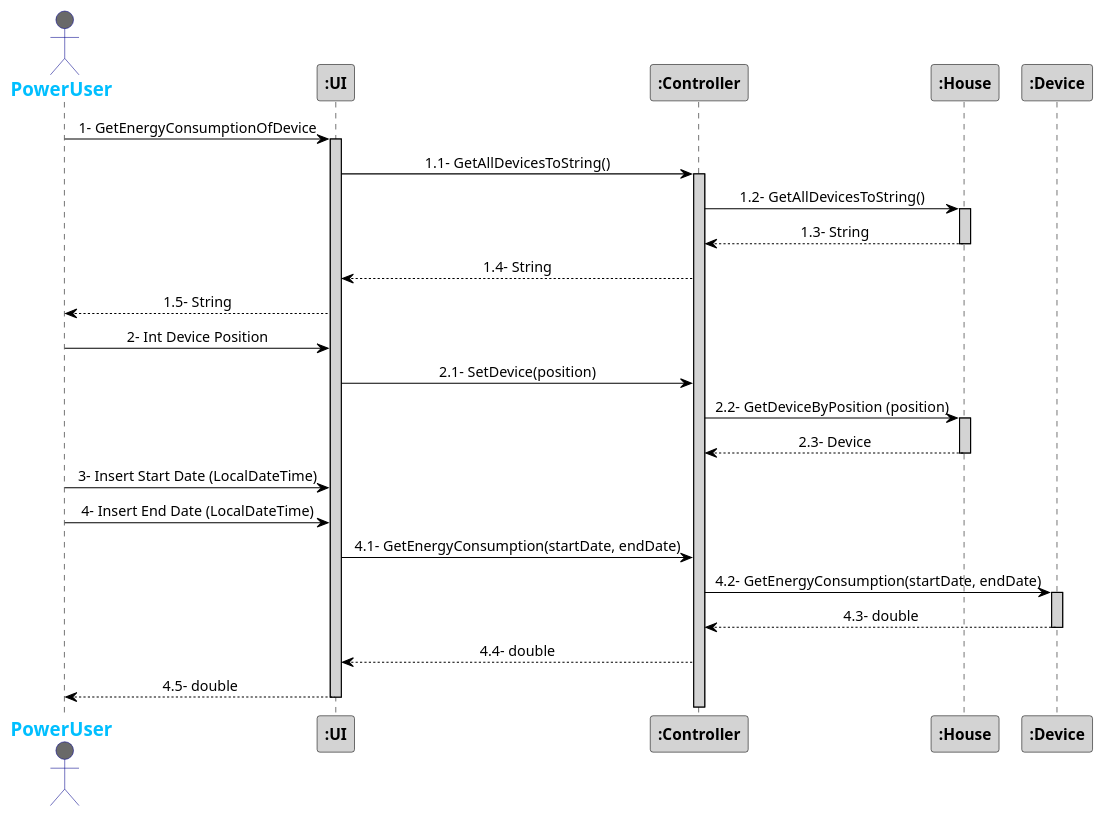
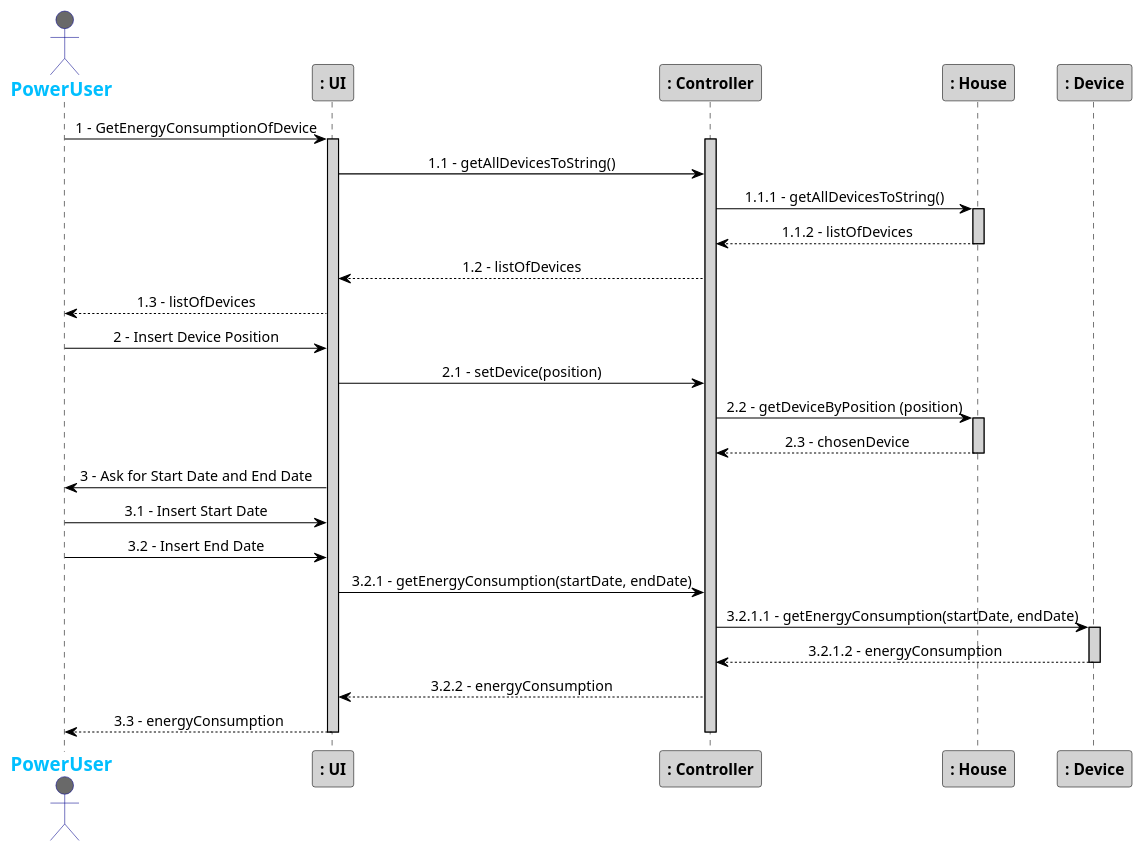
Before and after one commit to 1181687/hateoasToy: the diagram in src/Docs/Sprint3/GetEnergyConsumptionDeviceInterval.puml, drawn with PlantUML.

Commit message:
Sequence Diagram US 720

```diff
--- a/src/Docs/Sprint3/GetEnergyConsumptionDeviceInterval.puml
+++ b/src/Docs/Sprint3/GetEnergyConsumptionDeviceInterval.puml
@@ -1,51 +1,52 @@
 @startuml
 skinparam sequenceMessageAlign center
 skinparam sequence {
 	ArrowColor Black
 	ActorBorderColor DarkBlue
 	LifeLineBorderColor black
 	LifeLineBackgroundColor LightGrey
 
 	ParticipantBorderColor Black
 	ParticipantBackgroundColor LightGrey
 	ParticipantFontStyle Bold
 
 	ActorBackgroundColor DimGrey
 	ActorFontColor DeepSkyBlue
 	ActorFontStyle Bold
 	ActorFontSize 17
 	ActorFontName Aapex
 }
 
 actor PowerUser
-PowerUser -> ":UI": 1- GetEnergyConsumptionOfDevice
-activate ":UI"
-":UI" -> ":Controller": 1.1- GetAllDevicesToString()
-activate ":Controller"
-":Controller" -> ":House": 1.2- GetAllDevicesToString()
-activate ":House"
-":Controller" <-- ":House": 1.3- String
-deactivate ":House"
-":UI" <-- ":Controller": 1.4- String
-PowerUser <-- ":UI": 1.5- String
+PowerUser -> ": UI": 1 - GetEnergyConsumptionOfDevice
+activate ": UI"
+activate ": Controller"
+": UI" -> ": Controller": 1.1 - getAllDevicesToString()
+": Controller" -> ": House": 1.1.1 - getAllDevicesToString()
+activate ": House"
+": Controller" <-- ": House": 1.1.2 - listOfDevices
+deactivate ": House"
+": UI" <-- ": Controller": 1.2 - listOfDevices
+PowerUser <-- ": UI": 1.3 - listOfDevices
 
-PowerUser -> ":UI": 2- Int Device Position
-":UI" -> ":Controller": 2.1- SetDevice(position)
-":Controller" -> ":House": 2.2- GetDeviceByPosition (position)
-activate ":House"
-":Controller" <-- ":House": 2.3- Device
-deactivate ":House"
+PowerUser -> ": UI": 2 - Insert Device Position
+": UI" -> ": Controller": 2.1 - setDevice(position)
+": Controller" -> ": House": 2.2 - getDeviceByPosition (position)
+activate ": House"
+": Controller" <-- ": House": 2.3 - chosenDevice
+deactivate ": House"
 
-
-PowerUser -> ":UI": 3- Insert Start Date (LocalDateTime)
-PowerUser -> ":UI": 4- Insert End Date (LocalDateTime)
-":UI" -> ":Controller": 4.1- GetEnergyConsumption(startDate, endDate)
-":Controller" -> ":Device": 4.2- GetEnergyConsumption(startDate, endDate)
-activate ":Device"
-":Controller" <-- ":Device": 4.3- double
-deactivate ":Device"
-":UI" <-- ":Controller": 4.4- double
-PowerUser <-- ":UI": 4.5- double
-deactivate ":UI"
+PowerUser <- ": UI": 3 - Ask for Start Date and End Date
+PowerUser -> ": UI": 3.1 - Insert Start Date
+PowerUser -> ": UI": 3.2 - Insert End Date
+": UI" -> ": Controller": 3.2.1 - getEnergyConsumption(startDate, endDate)
+": Controller" -> ": Device": 3.2.1.1 - getEnergyConsumption(startDate, endDate)
+activate ": Device"
+": Controller" <-- ": Device": 3.2.1.2 - energyConsumption
+deactivate ": Device"
+": UI" <-- ": Controller": 3.2.2 - energyConsumption
+PowerUser <-- ": UI": 3.3 - energyConsumption
+deactivate ": Controller"
+deactivate ": UI"
 
 @enduml
```
